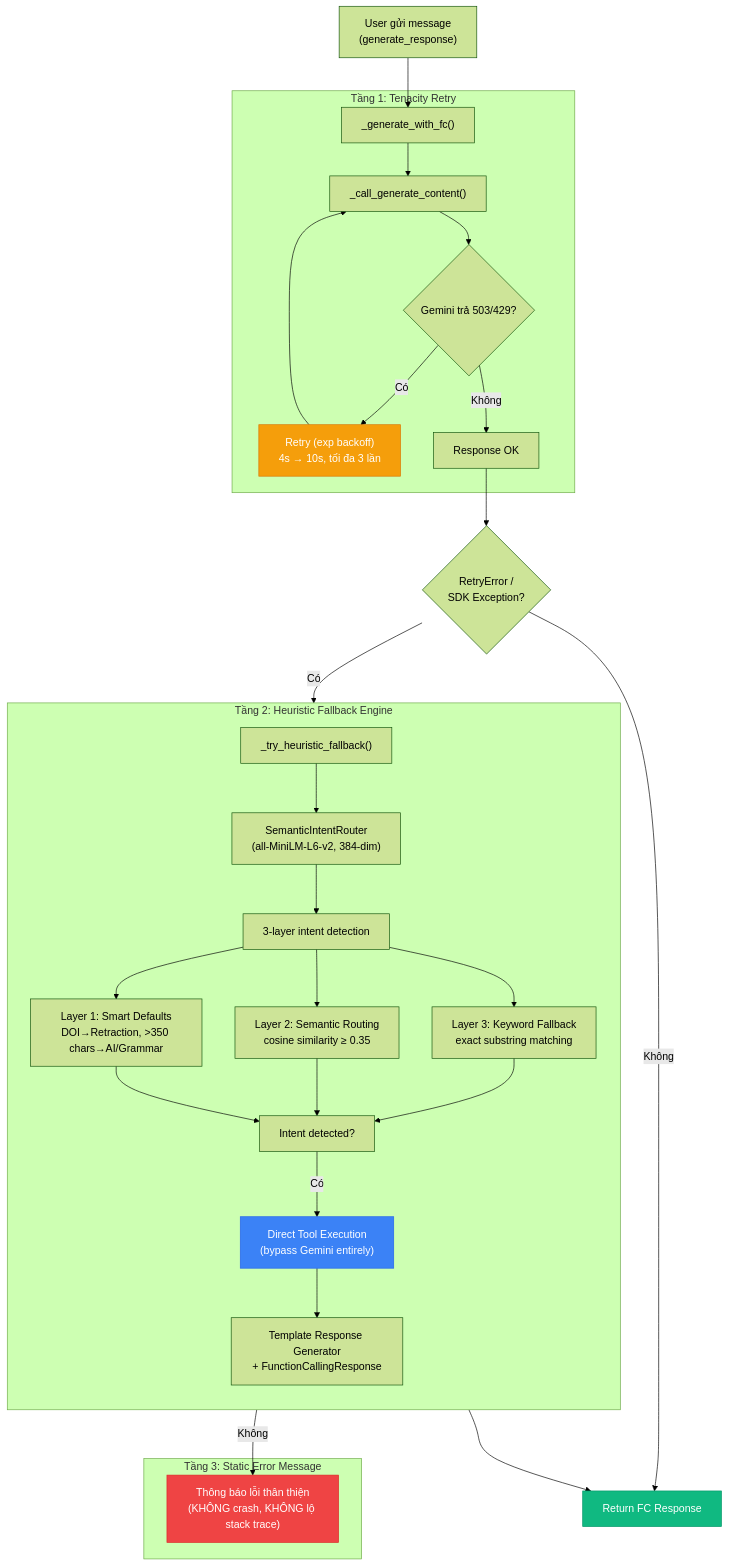
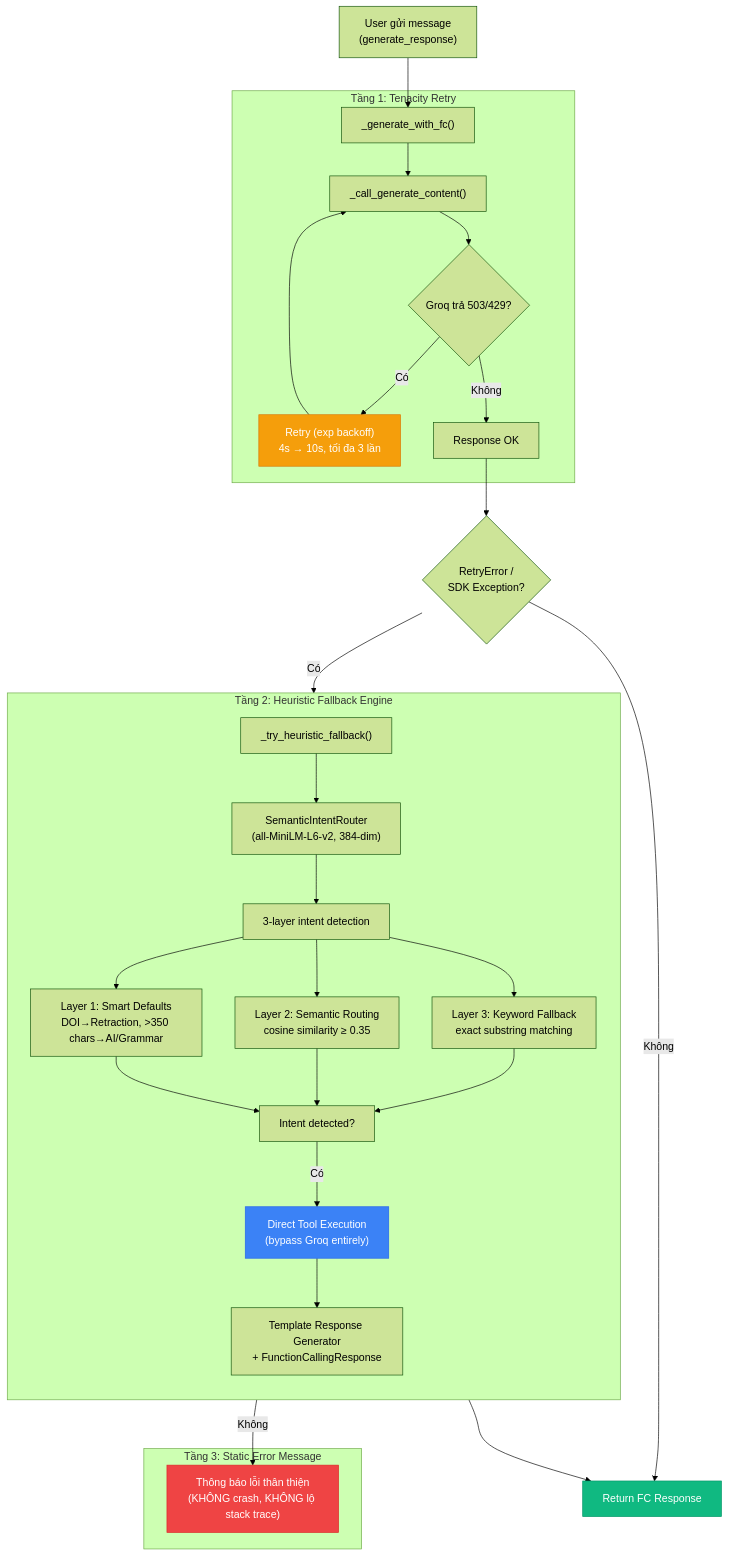
One commit to Nhan-Laptop/NT208.Q21.ANTN changed diagram 24 of 29 in architecture.md. Above: the diagram before and after it, drawn with Mermaid (forest theme). The commit also changed other lines of this file and 16 other files, not shown here.

First line of the commit message:
docs: update architecture, README, CLAUDE.md — Groq + ChromaDB migration (Session 17)

````diff
--- a/architecture.md
+++ b/architecture.md
@@ -2483,41 +2499,41 @@
 ```mermaid
 graph TB
     A["User gửi message<br/>(generate_response)"] --> B["_generate_with_fc()"]
 
     subgraph TIER1["Tầng 1: Tenacity Retry"]
         B --> C["_call_generate_content()"]
-        C --> D{Gemini trả 503/429?}
+        C --> D{Groq trả 503/429?}
         D -->|"Có"| E["Retry (exp backoff)<br/>4s → 10s, tối đa 3 lần"]
         E --> C
         D -->|"Không"| F["Response OK"]
     end
 
     subgraph TIER2["Tầng 2: Heuristic Fallback Engine"]
         direction TB
         G["_try_heuristic_fallback()"] --> H["SemanticIntentRouter<br/>(all-MiniLM-L6-v2, 384-dim)"]
         H --> I["3-layer intent detection"]
         I --> I1["Layer 1: Smart Defaults<br/>DOI→Retraction, >350 chars→AI/Grammar"]
         I --> I2["Layer 2: Semantic Routing<br/>cosine similarity ≥ 0.35"]
         I --> I3["Layer 3: Keyword Fallback<br/>exact substring matching"]
         I1 --> J["Intent detected?"]
         I2 --> J
         I3 --> J
-        J -->|"Có"| K["Direct Tool Execution<br/>(bypass Gemini entirely)"]
+        J -->|"Có"| K["Direct Tool Execution<br/>(bypass Groq entirely)"]
         K --> L["Template Response Generator<br/>+ FunctionCallingResponse"]
     end
 
     subgraph TIER3["Tầng 3: Static Error Message"]
         M["Thông báo lỗi thân thiện<br/>(KHÔNG crash, KHÔNG lộ stack trace)"]
     end
 
     F --> N{RetryError /<br/>SDK Exception?}
     N -->|"Có"| G
     N -->|"Không"| O["Return FC Response"]
     J -->|"Không"| M
     L --> O
 
     style E fill:#f59e0b,stroke:#d97706,color:#fff
     style K fill:#3b82f6,stroke:#2563eb,color:#fff
     style M fill:#ef4444,stroke:#dc2626,color:#fff
     style O fill:#10b981,stroke:#059669,color:#fff
 ```
````
